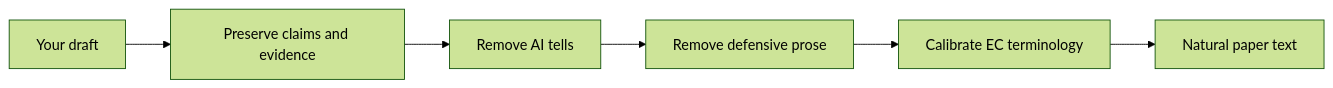
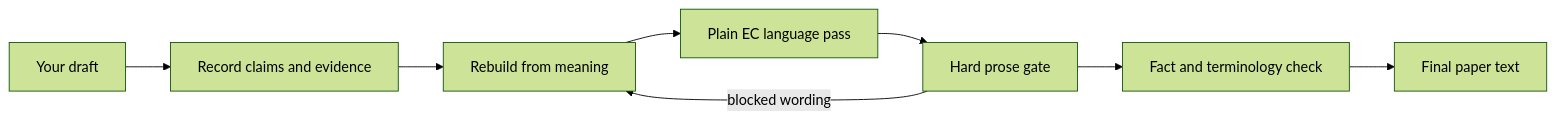
One commit to Wenhua-Li/evo-writing-skill changed the diagram in README.md. Above: the diagram before and after it, drawn with Mermaid (forest theme). The commit also changed other lines of this file and 41 other files, not shown here.

Commit message:
Add mandatory language gate for EC prose rewriting

````diff
--- a/README.md
+++ b/README.md
@@ -99,8 +111,10 @@
 ```mermaid
 flowchart LR
-    A[Your draft] --> B[Preserve claims and evidence]
-    B --> C[Remove AI tells]
-    C --> D[Remove defensive prose]
-    D --> E[Calibrate EC terminology]
-    E --> F[Natural paper text]
+    A[Your draft] --> B[Record claims and evidence]
+    B --> C[Rebuild from meaning]
+    C --> D[Plain EC language pass]
+    D --> E[Hard prose gate]
+    E --> F[Fact and terminology check]
+    F --> G[Final paper text]
+    E -- blocked wording --> C
 ```
````
